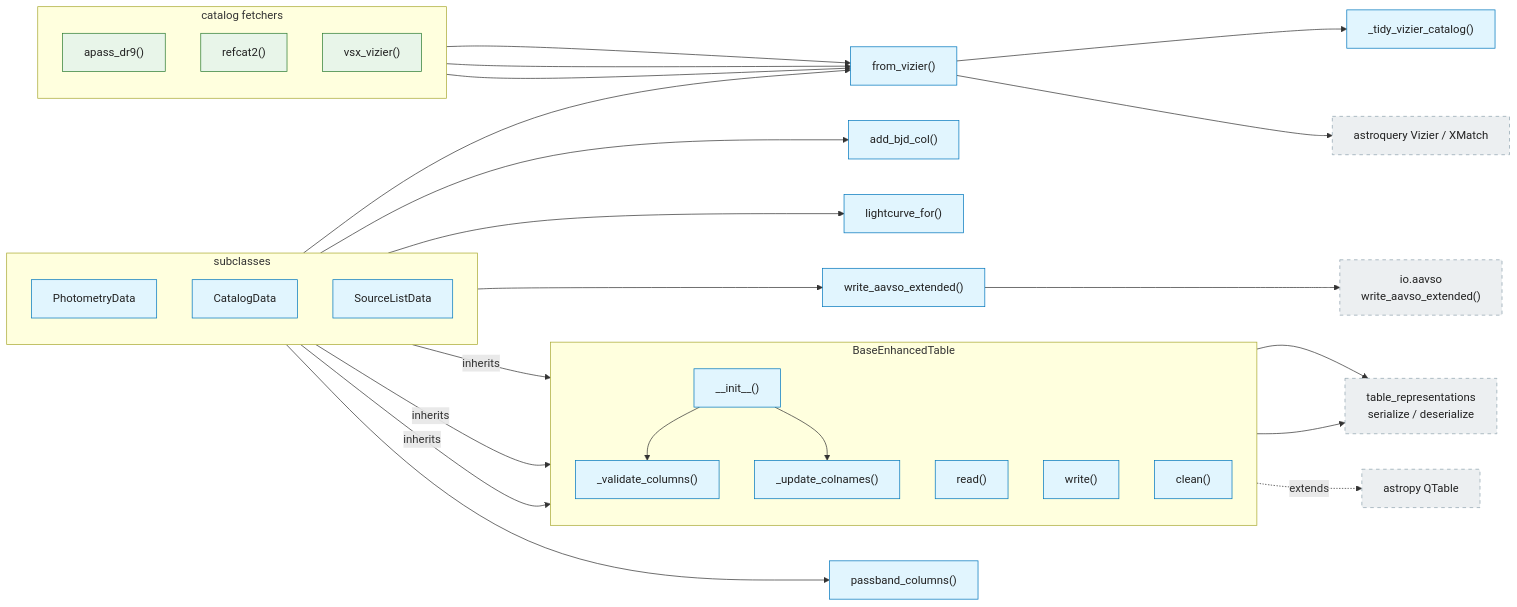
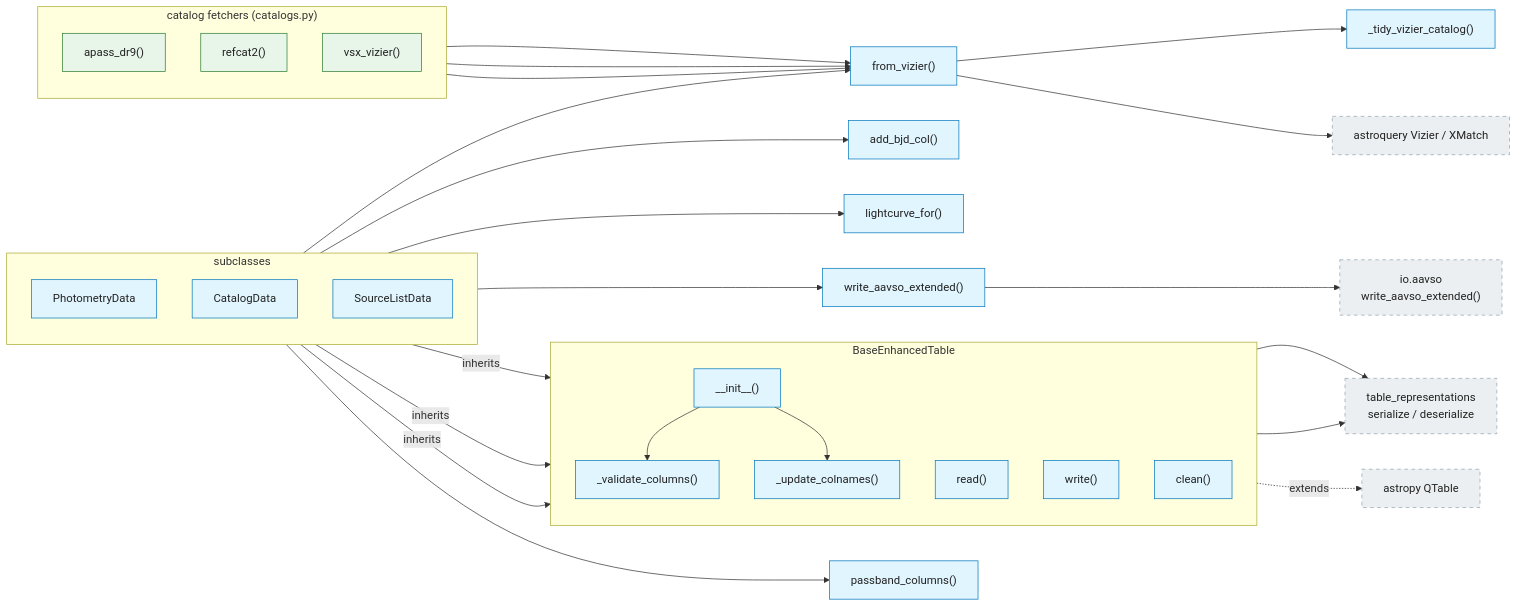
One commit to feder-observatory/stellarphot changed the second of 16 diagrams in docs/diagrams-04-call-graphs.md. Above: the diagram before and after it, drawn with Mermaid. The commit also changed other lines of this file and 12 other files, not shown here.

First line of the commit message:
Split catalog fetchers out of core.py into catalogs.py (#194)

````diff
--- a/docs/diagrams-04-call-graphs.md
+++ b/docs/diagrams-04-call-graphs.md
@@ -32,81 +32,81 @@
 ```mermaid
 flowchart LR
     classDef cls fill:#e1f5fe,stroke:#0277bd,color:#212121
     classDef fn fill:#e8f5e9,stroke:#2e7d32,color:#212121
     classDef external fill:#eceff1,stroke:#90a4ae,stroke-dasharray: 5 5,color:#212121
 
     qtable["astropy QTable"]:::external
 
     subgraph sg_base["BaseEnhancedTable"]
         direction TB
         bet_init["__init__()"]:::cls
         bet_validate["_validate_columns()"]:::cls
         bet_colnames["_update_colnames()"]:::cls
         bet_read["read()"]:::cls
         bet_write["write()"]:::cls
         bet_clean["clean()"]:::cls
     end
 
     subgraph sg_subclasses["subclasses"]
         direction TB
         pd_cls["PhotometryData"]:::cls
         cd_cls["CatalogData"]:::cls
         sld_cls["SourceListData"]:::cls
     end
 
-    subgraph sg_catalogs["catalog fetchers"]
+    subgraph sg_catalogs["catalog fetchers (catalogs.py)"]
         direction TB
         apass_fn["apass_dr9()"]:::fn
         refcat_fn["refcat2()"]:::fn
         vsx_fn["vsx_vizier()"]:::fn
     end
 
     trep_ser["table_representations<br/>serialize / deserialize"]:::external
     aavso_ext["io.aavso<br/>write_aavso_extended()"]:::external
     vizier_ext["astroquery Vizier / XMatch"]:::external
 
     sg_base -.->|"extends"| qtable
     pd_cls -->|"inherits"| bet_init
     cd_cls -->|"inherits"| bet_init
     sld_cls -->|"inherits"| bet_init
 
     bet_init --> bet_validate
     bet_init --> bet_colnames
     bet_read --> trep_ser
     bet_write --> trep_ser
 
     pd_cls --> pd_bjd["add_bjd_col()"]:::cls
     pd_cls --> pd_lc["lightcurve_for()"]:::cls
     pd_cls --> pd_aavso["write_aavso_extended()"]:::cls
     pd_aavso --> aavso_ext
 
     cd_cls --> cd_viz["from_vizier()"]:::cls
     cd_cls --> cd_pass["passband_columns()"]:::cls
     cd_viz --> cd_tidy["_tidy_vizier_catalog()"]:::cls
     cd_viz --> vizier_ext
 
     apass_fn --> cd_viz
     refcat_fn --> cd_viz
     vsx_fn --> cd_viz
 
     click bet_init href "../stellarphot/core.py" "core.py"
     click bet_validate href "../stellarphot/core.py" "core.py"
     click bet_colnames href "../stellarphot/core.py" "core.py"
     click bet_read href "../stellarphot/core.py" "core.py"
     click bet_write href "../stellarphot/core.py" "core.py"
     click bet_clean href "../stellarphot/core.py" "core.py"
     click pd_cls href "../stellarphot/core.py" "core.py"
     click cd_cls href "../stellarphot/core.py" "core.py"
     click sld_cls href "../stellarphot/core.py" "core.py"
-    click apass_fn href "../stellarphot/core.py" "core.py"
-    click refcat_fn href "../stellarphot/core.py" "core.py"
-    click vsx_fn href "../stellarphot/core.py" "core.py"
+    click apass_fn href "../stellarphot/catalogs.py" "catalogs.py"
+    click refcat_fn href "../stellarphot/catalogs.py" "catalogs.py"
+    click vsx_fn href "../stellarphot/catalogs.py" "catalogs.py"
     click pd_bjd href "../stellarphot/core.py" "core.py"
     click pd_lc href "../stellarphot/core.py" "core.py"
     click pd_aavso href "../stellarphot/core.py" "core.py"
     click cd_viz href "../stellarphot/core.py" "core.py"
     click cd_pass href "../stellarphot/core.py" "core.py"
     click cd_tidy href "../stellarphot/core.py" "core.py"
     click trep_ser href "../stellarphot/table_representations.py" "table_representations.py"
     click aavso_ext href "../stellarphot/io/aavso.py" "io/aavso.py"
 ```
````
